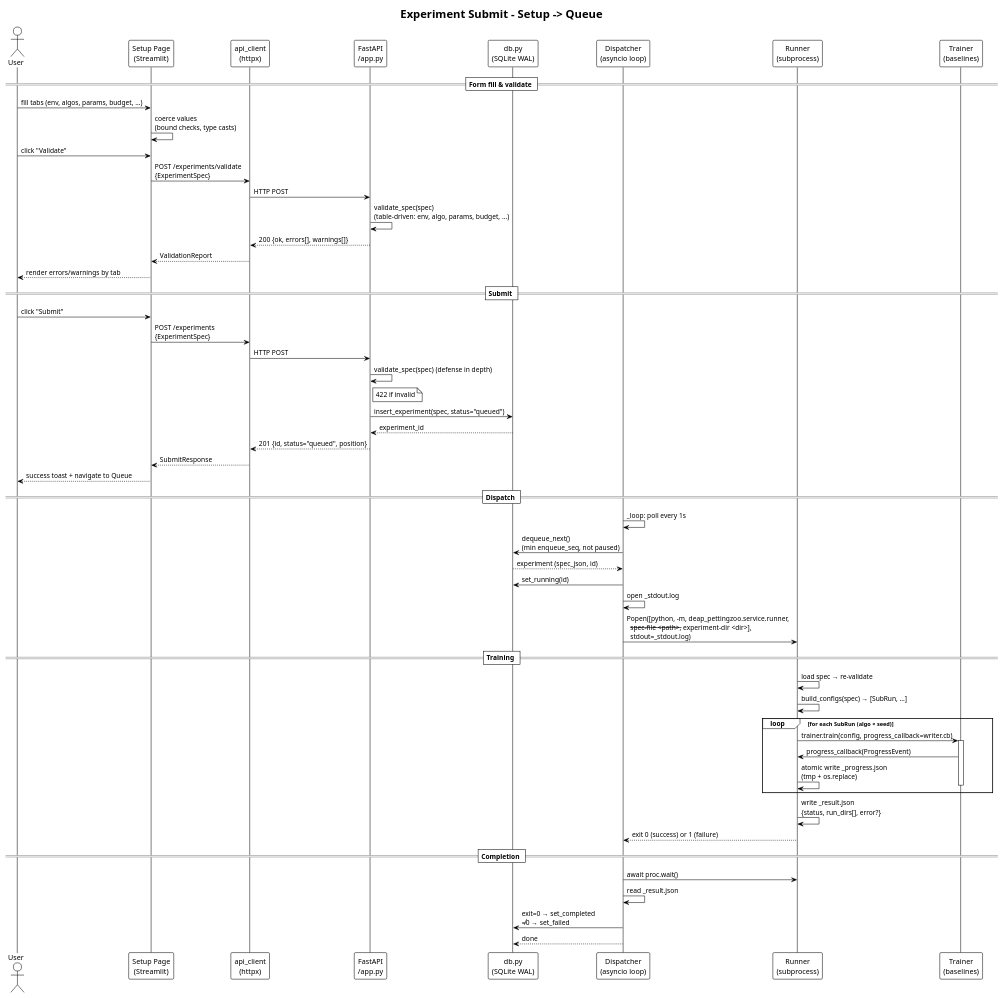
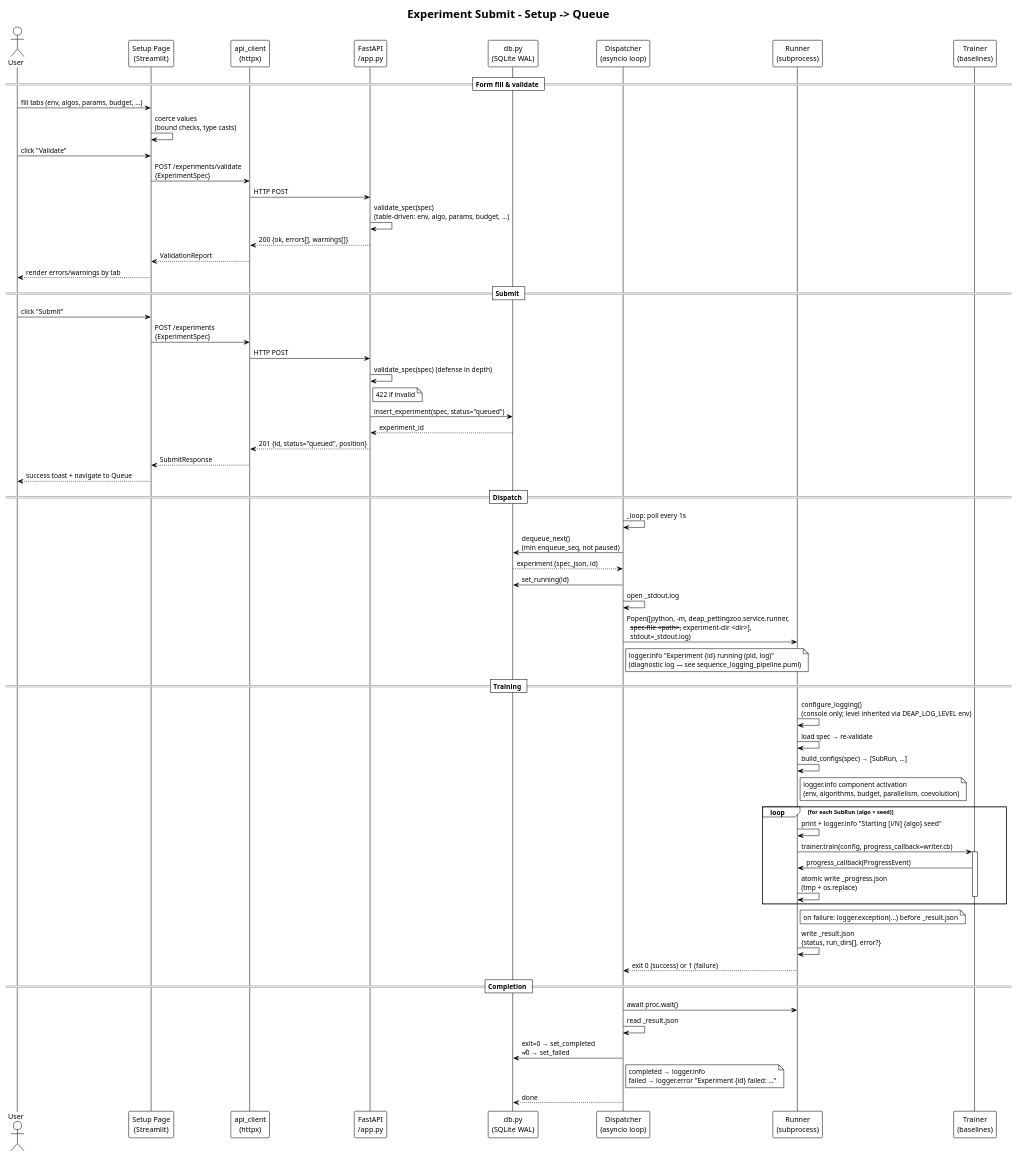
The diagram in docs/UML/sequence_experiment_submit.puml (Alex180504/DEAP-Zoo-bridge), drawn with PlantUML before and after one commit. The commit also changed 20 other files, not shown here.

Commit message:
Add centralised exception logging for the backend service

```diff
--- a/docs/UML/sequence_experiment_submit.puml
+++ b/docs/UML/sequence_experiment_submit.puml
@@ -1,65 +1,71 @@
 @startuml sequence_experiment_submit
 !theme plain
 title Experiment Submit – Setup -> Queue
 
 actor User
 participant "Setup Page\n(Streamlit)" as Setup
 participant "api_client\n(httpx)" as Client
 participant "FastAPI\n/app.py" as API
 participant "db.py\n(SQLite WAL)" as DB
 participant "Dispatcher\n(asyncio loop)" as Disp
 participant "Runner\n(subprocess)" as Runner
 participant "Trainer\n(baselines)" as Trainer
 
 == Form fill & validate ==
 User -> Setup: fill tabs (env, algos, params, budget, ...)
 Setup -> Setup: coerce values\n(bound checks, type casts)
 User -> Setup: click "Validate"
 Setup -> Client: POST /experiments/validate\n{ExperimentSpec}
 Client -> API: HTTP POST
 API -> API: validate_spec(spec)\n(table-driven: env, algo, params, budget, ...)
 API --> Client: 200 {ok, errors[], warnings[]}
 Client --> Setup: ValidationReport
 Setup --> User: render errors/warnings by tab
 
 == Submit ==
 User -> Setup: click "Submit"
 Setup -> Client: POST /experiments\n{ExperimentSpec}
 Client -> API: HTTP POST
 API -> API: validate_spec(spec) (defense in depth)
 note right of API: 422 if invalid
 API -> DB: insert_experiment(spec, status="queued")
 DB --> API: experiment_id
 API --> Client: 201 {id, status="queued", position}
 Client --> Setup: SubmitResponse
 Setup --> User: success toast + navigate to Queue
 
 == Dispatch ==
 Disp -> Disp: _loop: poll every 1s
 Disp -> DB: dequeue_next()\n(min enqueue_seq, not paused)
 DB --> Disp: experiment (spec_json, id)
 Disp -> DB: set_running(id)
 Disp -> Disp: open _stdout.log
 
 Disp -> Runner: Popen([python, -m, deap_pettingzoo.service.runner,\n  --spec-file <path>, --experiment-dir <dir>],\n  stdout=_stdout.log)
+note right of Disp: logger.info "Experiment {id} running (pid, log)"\n(diagnostic log — see sequence_logging_pipeline.puml)
 
 == Training ==
+Runner -> Runner: configure_logging()\n(console only; level inherited via DEAP_LOG_LEVEL env)
 Runner -> Runner: load spec → re-validate
 Runner -> Runner: build_configs(spec) → [SubRun, ...]
+note right of Runner: logger.info component activation\n(env, algorithms, budget, parallelism, coevolution)
 loop for each SubRun (algo × seed)
+    Runner -> Runner: print + logger.info "Starting [i/N] {algo} seed"
     Runner -> Trainer: trainer.train(config, progress_callback=writer.cb)
     activate Trainer
     Trainer -> Runner: progress_callback(ProgressEvent)
     Runner -> Runner: atomic write _progress.json\n(tmp + os.replace)
     deactivate Trainer
 end
+note right of Runner: on failure: logger.exception(...) before _result.json
 Runner -> Runner: write _result.json\n{status, run_dirs[], error?}
 Runner --> Disp: exit 0 (success) or 1 (failure)
 
 == Completion ==
 Disp -> Runner: await proc.wait()
 Disp -> Disp: read _result.json
 Disp -> DB: exit=0 → set_completed\n≠0 → set_failed
+note right of Disp: completed → logger.info\nfailed → logger.error "Experiment {id} failed: ..."
 Disp --> DB: done
 
 @enduml
```
